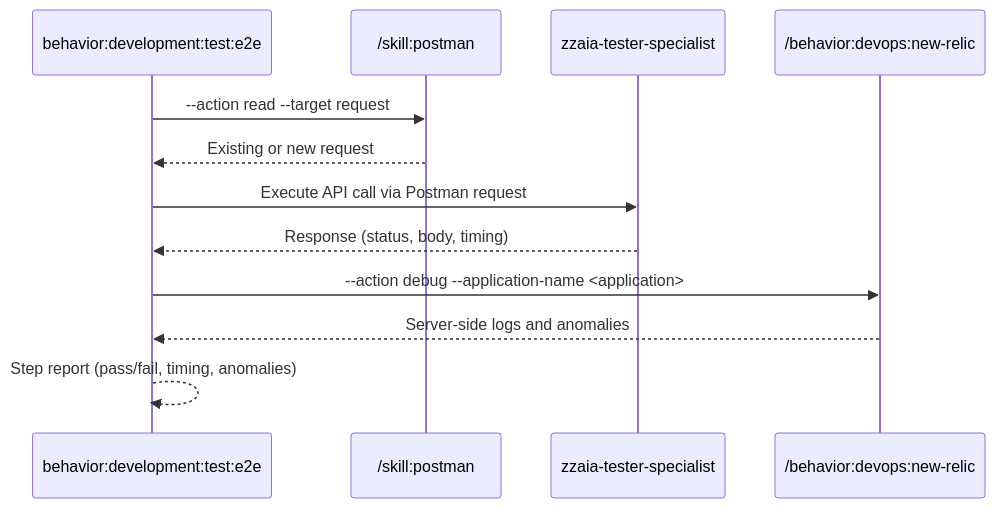
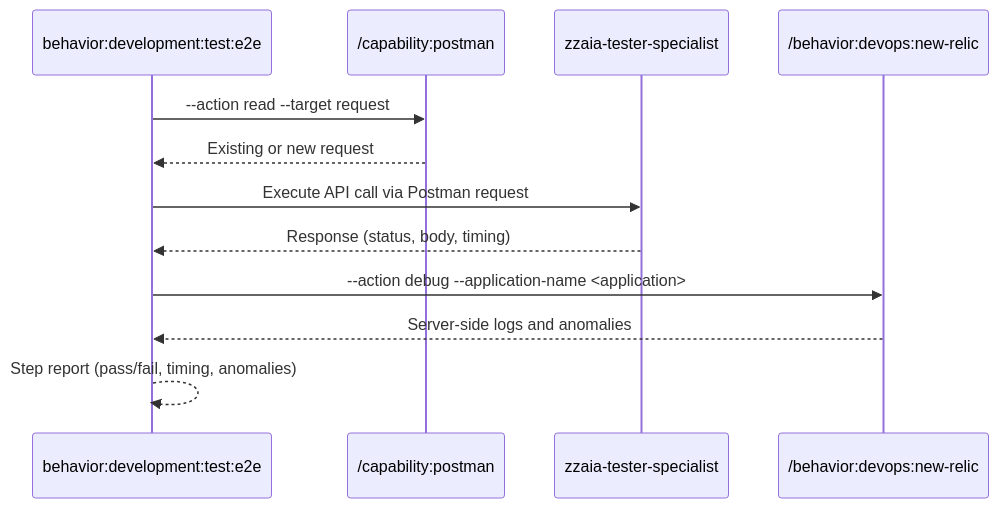
Before and after one commit to zzaia/zzaia-agentic-workspace: the diagram in .claude/commands/behavior/development/test/e2e/SKILL.md, drawn with Mermaid. The commit also changed other lines of this file and 106 other files, not shown here.

Commit message:
Change the skill layer to capability to avoid confusion between the skill pattern;

````diff
--- a/.claude/commands/behavior/development/test/e2e/SKILL.md
+++ b/.claude/commands/behavior/development/test/e2e/SKILL.md
@@ -58,15 +58,15 @@
 ```mermaid
 sequenceDiagram
     participant C as behavior:development:test:e2e
-    participant PM as /skill:postman
+    participant PM as /capability:postman
     participant TS as zzaia-tester-specialist
     participant NR as /behavior:devops:new-relic
 
     C->>PM: --action read --target request
     PM-->>C: Existing or new request
     C->>TS: Execute API call via Postman request
     TS-->>C: Response (status, body, timing)
     C->>NR: --action debug --application-name <application>
     NR-->>C: Server-side logs and anomalies
     C-->>C: Step report (pass/fail, timing, anomalies)
 ```
````
